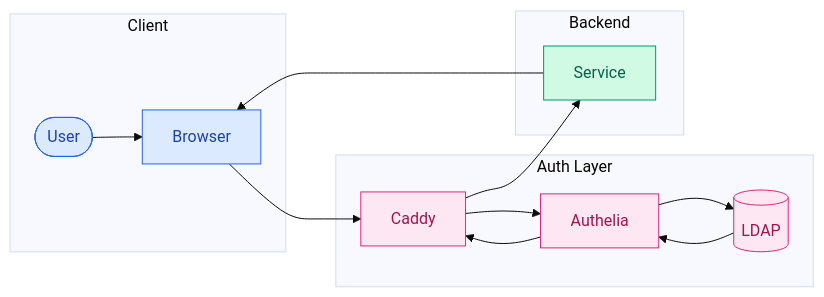
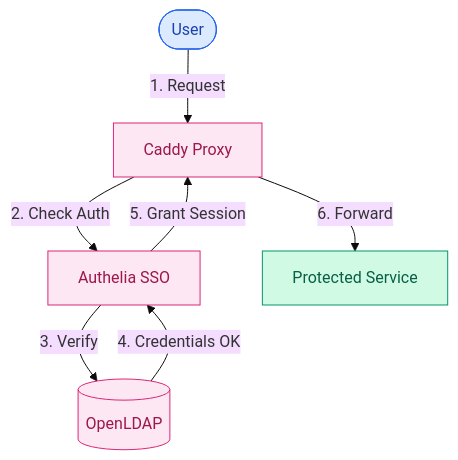
One commit to Mykyta-Home-Server/homeserver changed the third of 4 diagrams in docs-site/src/content/docs/guides/introduction.mdx. Above: the diagram before and after it, drawn with Mermaid (base theme). The commit also changed other lines of this file and 2 other files, not shown here.

First line of the commit message:
Redesign all Mermaid diagrams: square layouts with compact labels

````diff
--- a/docs-site/src/content/docs/guides/introduction.mdx
+++ b/docs-site/src/content/docs/guides/introduction.mdx
@@ -135,34 +112,25 @@
 ```mermaid
-flowchart LR
-    subgraph Client
-        User([User])
-        Browser[Browser]
-    end
+flowchart TB
+    User([User])
+    Caddy[Caddy Proxy]
 
-    subgraph Auth[Auth Layer]
-        Caddy[Caddy]
-        Authelia[Authelia]
-        LDAP[(LDAP)]
-    end
+    Authelia[Authelia SSO]
+    LDAP[(OpenLDAP)]
 
-    subgraph Backend
-        Service[Service]
-    end
+    Service[Protected Service]
 
-    User --> Browser
-    Browser --> Caddy
-    Caddy --> Authelia
-    Authelia --> LDAP
-    LDAP --> Authelia
-    Authelia --> Caddy
-    Caddy --> Service
-    Service --> Browser
+    User -->|1. Request| Caddy
+    Caddy -->|2. Check Auth| Authelia
+    Authelia -->|3. Verify| LDAP
+    LDAP -->|4. Credentials OK| Authelia
+    Authelia -->|5. Grant Session| Caddy
+    Caddy -->|6. Forward| Service
 
     classDef client fill:#dbeafe,stroke:#2563eb,color:#1e40af
     classDef auth fill:#fce7f3,stroke:#db2777,color:#9d174d
     classDef backend fill:#d1fae5,stroke:#059669,color:#065f46
 
-    class User,Browser client
+    class User client
     class Caddy,Authelia,LDAP auth
     class Service backend
 ```
````
